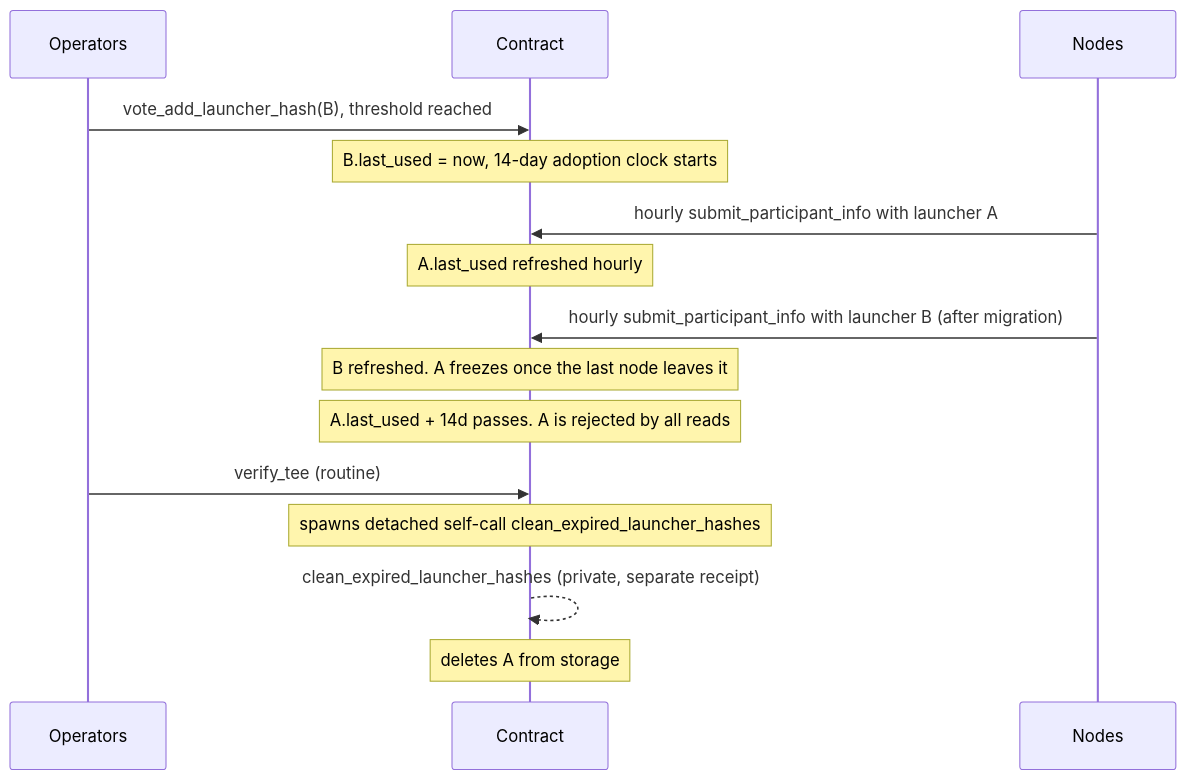
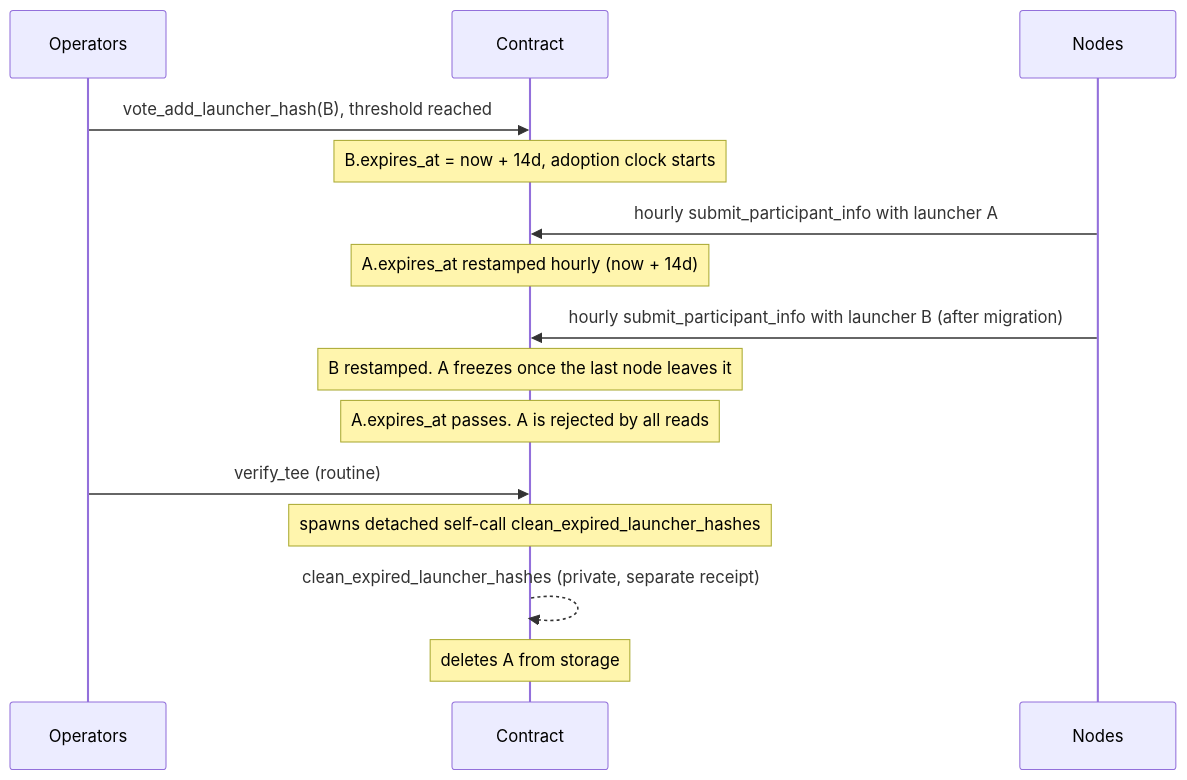
One commit to near/mpc changed the diagram in docs/design/auto-remove-launcher-hashes-design.md. Above: the diagram before and after it, drawn with Mermaid. The commit also changed other lines of this file, not shown here.

First line of the commit message:
docs(design): update design doc to the expires_at model

````diff
--- a/docs/design/auto-remove-launcher-hashes-design.md
+++ b/docs/design/auto-remove-launcher-hashes-design.md
@@ -95,18 +100,18 @@
 ```mermaid
 sequenceDiagram
     participant Ops as Operators
     participant C as Contract
     participant N as Nodes
 
     Ops->>C: vote_add_launcher_hash(B), threshold reached
-    Note over C: B.last_used = now, 14-day adoption clock starts
+    Note over C: B.expires_at = now + 14d, adoption clock starts
     N->>C: hourly submit_participant_info with launcher A
-    Note over C: A.last_used refreshed hourly
+    Note over C: A.expires_at restamped hourly (now + 14d)
     N->>C: hourly submit_participant_info with launcher B (after migration)
-    Note over C: B refreshed. A freezes once the last node leaves it
-    Note over C: A.last_used + 14d passes. A is rejected by all reads
+    Note over C: B restamped. A freezes once the last node leaves it
+    Note over C: A.expires_at passes. A is rejected by all reads
     Ops->>C: verify_tee (routine)
     Note over C: spawns detached self-call clean_expired_launcher_hashes
     C-->>C: clean_expired_launcher_hashes (private, separate receipt)
     Note over C: deletes A from storage
 ```
````
